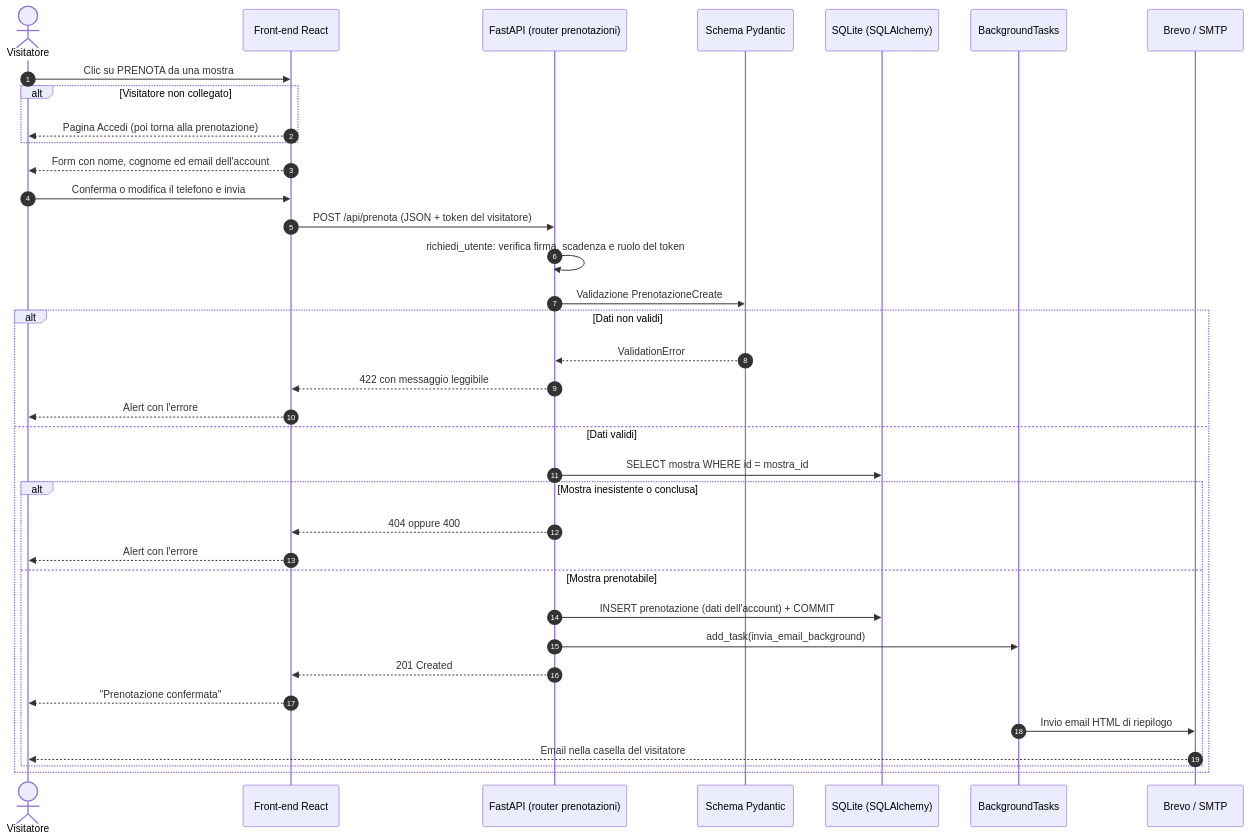
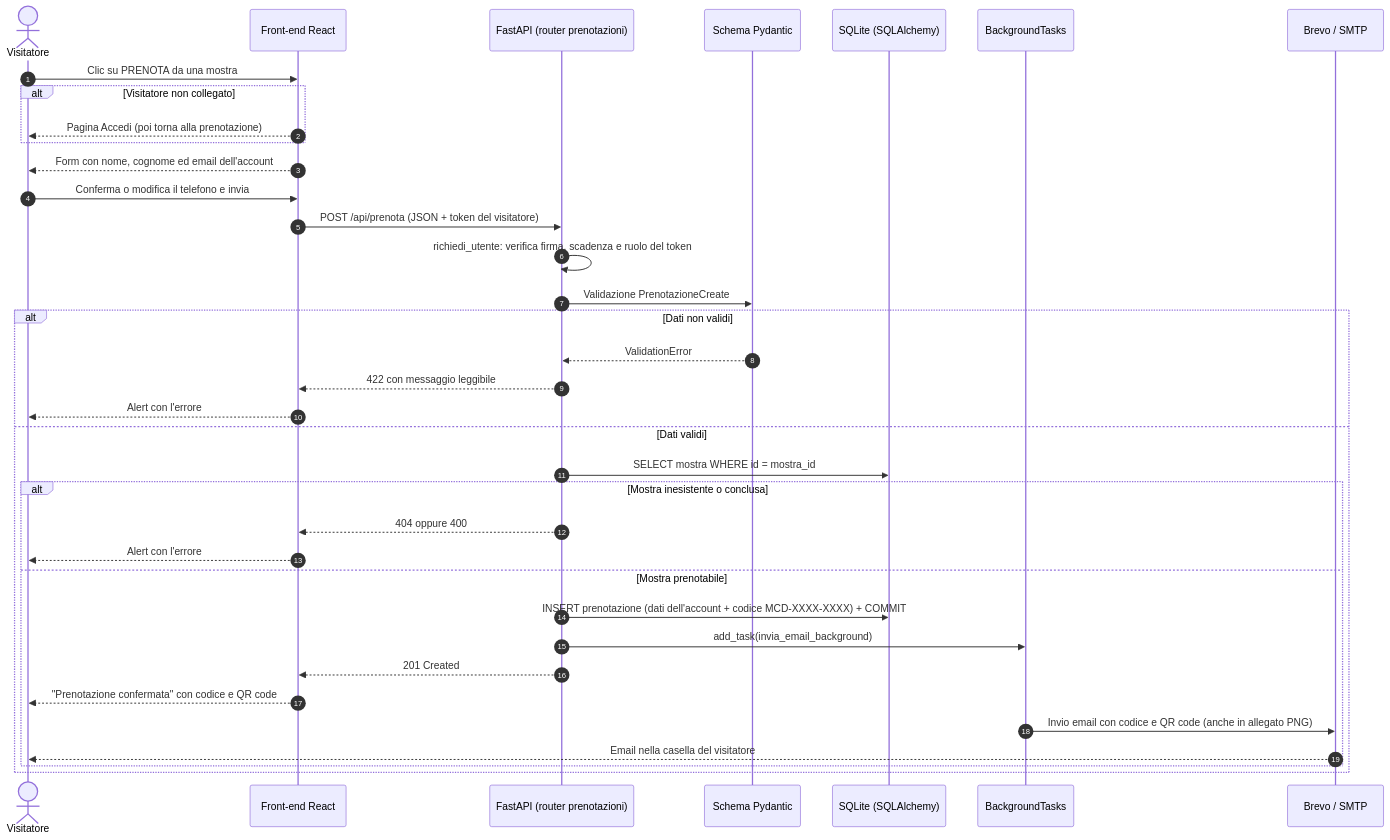
Before and after one commit to reverserob/museo-digitale-pw: the third of 5 diagrams in docs/guida/architettura.md, drawn with Mermaid. The commit also changed other lines of this file and 39 other files, not shown here.

````diff
--- a/docs/guida/architettura.md
+++ b/docs/guida/architettura.md
@@ -157,39 +160,39 @@
 ```mermaid
 sequenceDiagram
     autonumber
     actor V as Visitatore
     participant FE as Front-end React
     participant API as FastAPI (router prenotazioni)
     participant PY as Schema Pydantic
     participant DB as SQLite (SQLAlchemy)
     participant BG as BackgroundTasks
     participant EM as Brevo / SMTP
 
     V->>FE: Clic su PRENOTA da una mostra
     alt Visitatore non collegato
         FE-->>V: Pagina Accedi (poi torna alla prenotazione)
     end
     FE-->>V: Form con nome, cognome ed email dell'account
     V->>FE: Conferma o modifica il telefono e invia
     FE->>API: POST /api/prenota (JSON + token del visitatore)
     API->>API: richiedi_utente: verifica firma, scadenza e ruolo del token
     API->>PY: Validazione PrenotazioneCreate
     alt Dati non validi
         PY-->>API: ValidationError
         API-->>FE: 422 con messaggio leggibile
         FE-->>V: Alert con l'errore
     else Dati validi
         API->>DB: SELECT mostra WHERE id = mostra_id
         alt Mostra inesistente o conclusa
             API-->>FE: 404 oppure 400
             FE-->>V: Alert con l'errore
         else Mostra prenotabile
-            API->>DB: INSERT prenotazione (dati dell'account) + COMMIT
+            API->>DB: INSERT prenotazione (dati dell'account + codice MCD-XXXX-XXXX) + COMMIT
             API->>BG: add_task(invia_email_background)
             API-->>FE: 201 Created
-            FE-->>V: "Prenotazione confermata"
-            BG->>EM: Invio email HTML di riepilogo
+            FE-->>V: "Prenotazione confermata" con codice e QR code
+            BG->>EM: Invio email con codice e QR code (anche in allegato PNG)
             EM-->>V: Email nella casella del visitatore
         end
     end
 ```
````
